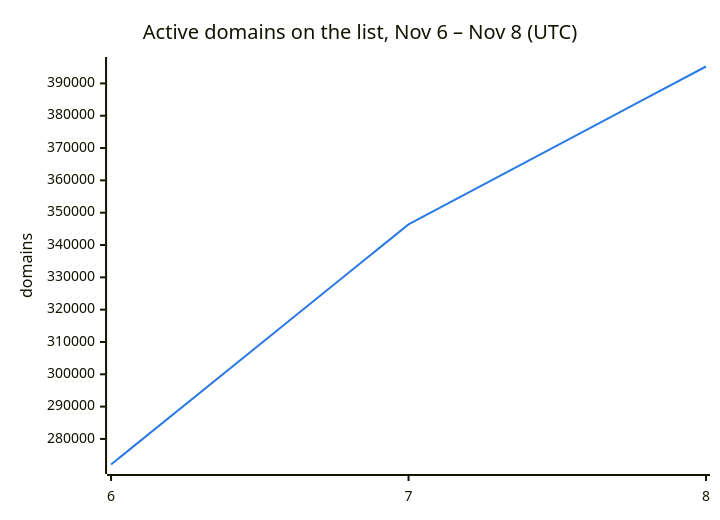
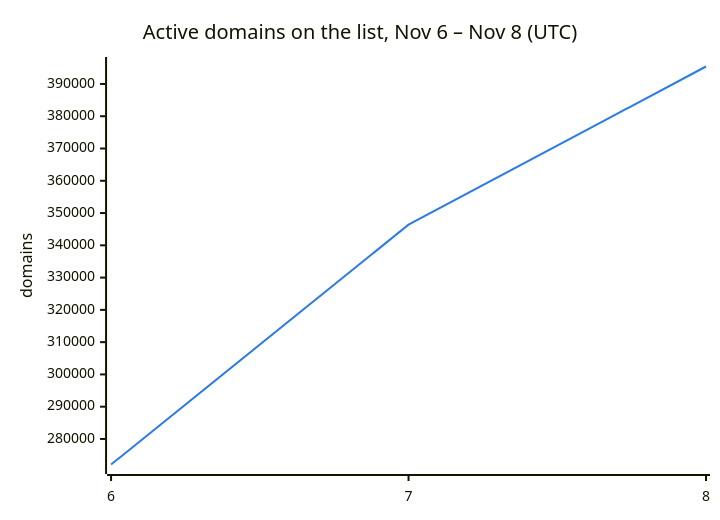
Before and after one commit to DNSBunker/CTI: the second of 3 diagrams in README.md, drawn with Mermaid. The commit also changed other lines of this file and 3 other files, not shown here.

````diff
--- a/README.md
+++ b/README.md
@@ -38,8 +38,8 @@
 ```mermaid
 %%{init: {"themeVariables": {"xyChart": {"plotColorPalette": "#2c7be5"}}}}%%
 xychart-beta
     title "Active domains on the list, Nov 6 – Nov 8 (UTC)"
     x-axis ["6", "7", "8"]
     y-axis "domains"
-    line [272088, 346388, 395233]
+    line [272088, 346388, 395410]
 ```
````
